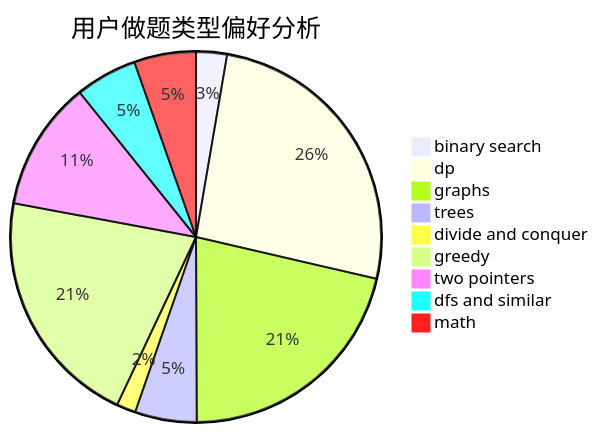
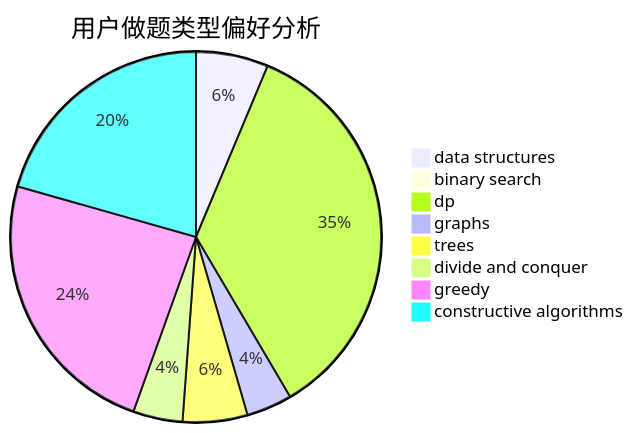
The second of 3 diagrams in docs/user/u2322.md (sherpahu/cfrs.github.io), drawn with Mermaid before and after one commit. The commit also changed other lines of this file and 2775 other files, not shown here.

````diff
--- a/docs/user/u2322.md
+++ b/docs/user/u2322.md
@@ -23,12 +23,11 @@
 ```mermaid
 pie title 用户做题类型偏好分析
-    "binary search" :  21
-    "dp" :  202
-    "graphs" :  166
-    "trees" :  42
+    "data structures" :  19
+    "binary search" :  3
+    "dp" :  106
+    "graphs" :  12
+    "trees" :  17
     "divide and conquer" :  13
-    "greedy" :  163
-    "two pointers" :  88
-    "dfs and similar" :  42
-    "math" :  42
+    "greedy" :  72
+    "constructive algorithms" :  62
 ```
````
